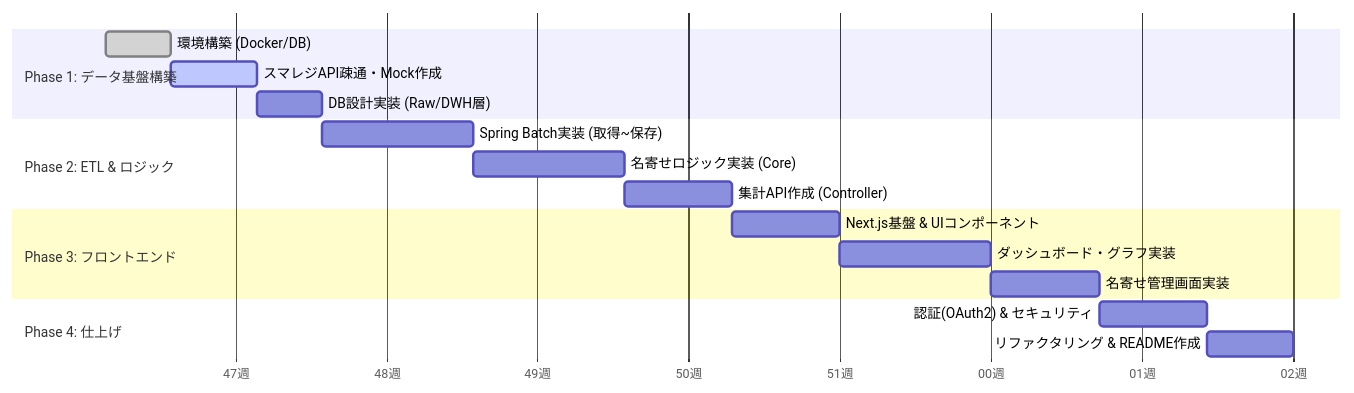
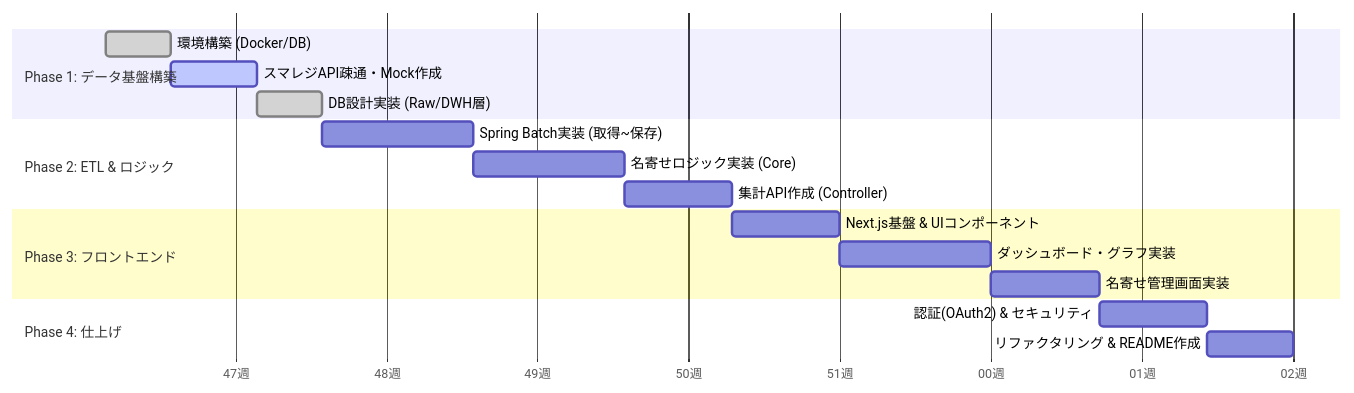
One commit to horinoA/beauty-sales-dwh changed the diagram in docs/roadmap.md. Above: the diagram before and after it, drawn with Mermaid. The commit also changed other lines of this file and 18 other files, not shown here.

````diff
--- a/docs/roadmap.md
+++ b/docs/roadmap.md
@@ -4,24 +4,24 @@
 ```mermaid
 gantt
     dateFormat  YYYY-MM-DD
     axisFormat  %W週
 
     section Phase 1: データ基盤構築
     環境構築 (Docker/DB)           :done, p1_1, 2025-11-24, 3d
     スマレジAPI疎通・Mock作成       :active, p1_2, after p1_1, 4d
-    DB設計実装 (Raw/DWH層)         :p1_3, after p1_2, 3d
+    DB設計実装 (Raw/DWH層)         :done, p1_3, after p1_2, 3d
     
     section Phase 2: ETL & ロジック
     Spring Batch実装 (取得~保存)    :p2_1, after p1_3, 7d
     名寄せロジック実装 (Core)       :p2_2, after p2_1, 7d
     集計API作成 (Controller)       :p2_3, after p2_2, 5d
 
     section Phase 3: フロントエンド
     Next.js基盤 & UIコンポーネント   :p3_1, after p2_3, 5d
     ダッシュボード・グラフ実装       :p3_2, after p3_1, 7d
     名寄せ管理画面実装             :p3_3, after p3_2, 5d
 
     section Phase 4: 仕上げ
     認証(OAuth2) & セキュリティ     :p4_1, after p3_3, 5d
     リファクタリング & README作成    :p4_2, after p4_1, 4d
 ```
````
